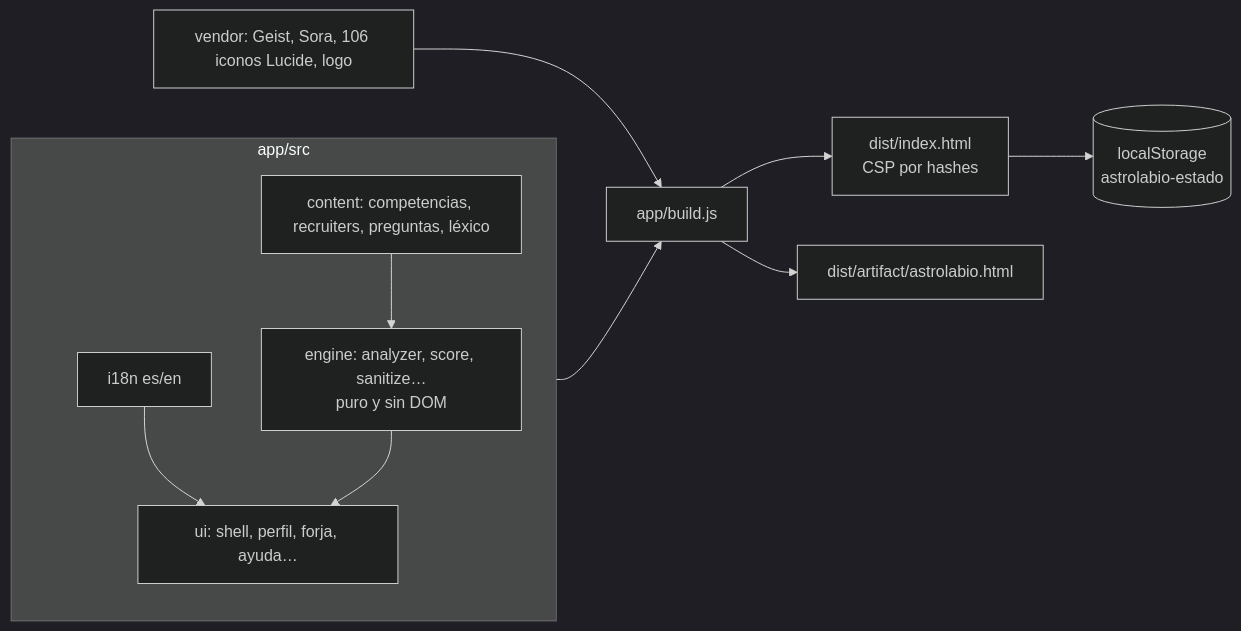
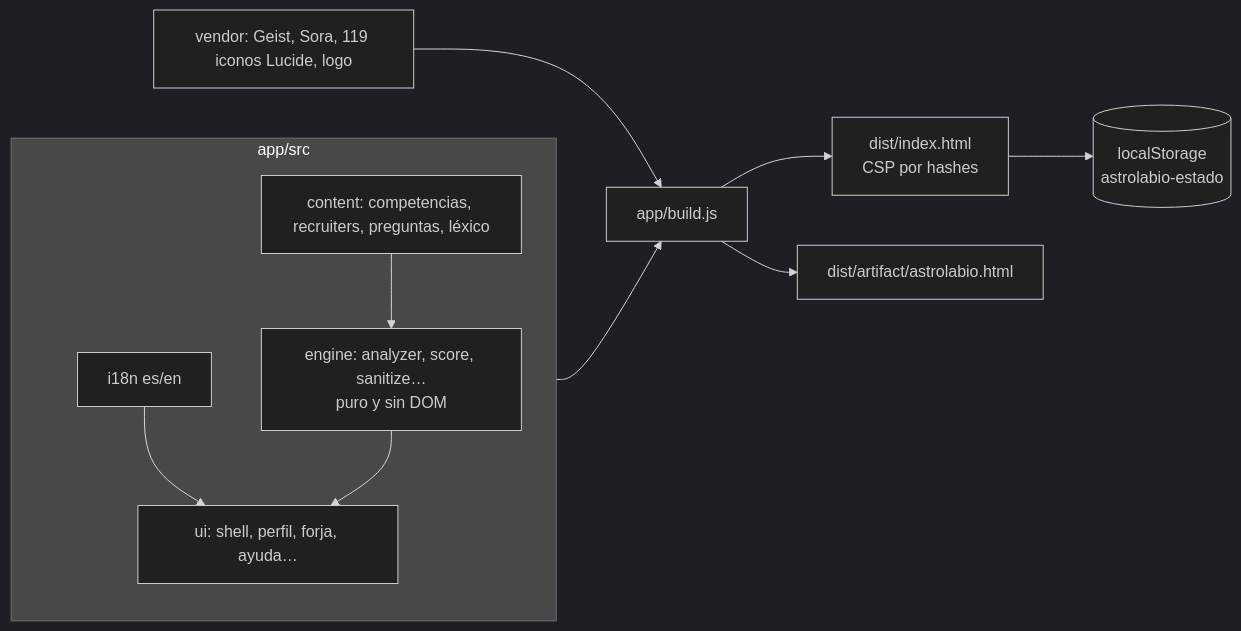
The fourth of 4 diagrams in README.md (heindall92/astrolabio), drawn with Mermaid (dark theme) before and after one commit. The commit also changed other lines of this file and 8 other files, not shown here.

````diff
--- a/README.md
+++ b/README.md
@@ -164,13 +181,13 @@
 ```mermaid
 flowchart LR
   subgraph src[app/src]
     I18N[i18n es/en] --> UI
     CONT[content: competencias, recruiters, preguntas, léxico] --> ENG
     ENG[engine: analyzer, score, sanitize…<br/>puro y sin DOM] --> UI[ui: shell, perfil, forja, ayuda…]
   end
-  V[vendor: Geist, Sora, 106 iconos Lucide, logo] --> B
+  V[vendor: Geist, Sora, 119 iconos Lucide, logo] --> B
   src --> B[app/build.js]
   B --> D[dist/index.html<br/>CSP por hashes]
   B --> A[dist/artifact/astrolabio.html]
   D --> LS[(localStorage<br/>astrolabio-estado)]
 ```
````
